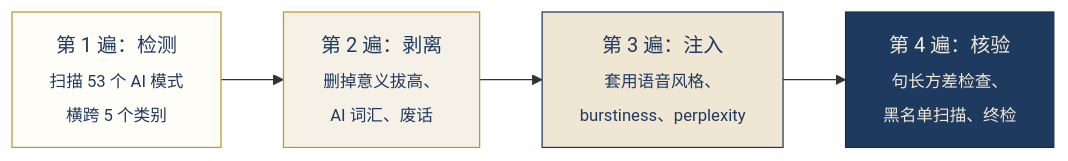
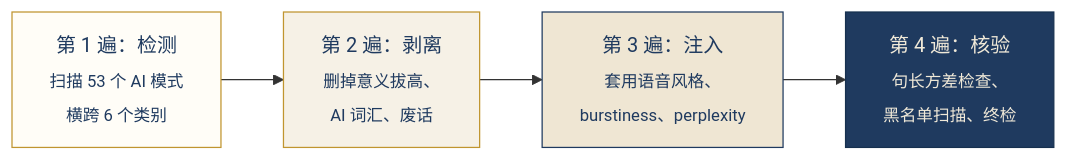
Before and after one commit to Aboudjem/humanizer-skill: the diagram in README.zh-CN.md, drawn with Mermaid. The commit also changed other lines of this file and 13 other files, not shown here.

````diff
--- a/README.zh-CN.md
+++ b/README.zh-CN.md
@@ -213,11 +213,11 @@
 ```mermaid
 graph LR
-    A["第 1 遍：检测<br/><sub>扫描 53 个 AI 模式<br/>横跨 5 个类别</sub>"] --> B["第 2 遍：剥离<br/><sub>删掉意义拔高、<br/>AI 词汇、废话</sub>"]
+    A["第 1 遍：检测<br/><sub>扫描 53 个 AI 模式<br/>横跨 6 个类别</sub>"] --> B["第 2 遍：剥离<br/><sub>删掉意义拔高、<br/>AI 词汇、废话</sub>"]
     B --> C["第 3 遍：注入<br/><sub>套用语音风格、<br/>burstiness、perplexity</sub>"]
     C --> D["第 4 遍：核验<br/><sub>句长方差检查、<br/>黑名单扫描、终检</sub>"]
 
     style A fill:#fffdf7,stroke:#c0952f,color:#1f3a5f
     style B fill:#f6f1e6,stroke:#c0952f,color:#1f3a5f
     style C fill:#efe6d3,stroke:#1f3a5f,color:#1f3a5f
     style D fill:#1f3a5f,stroke:#16304f,color:#f0e9d8
 ```
````
